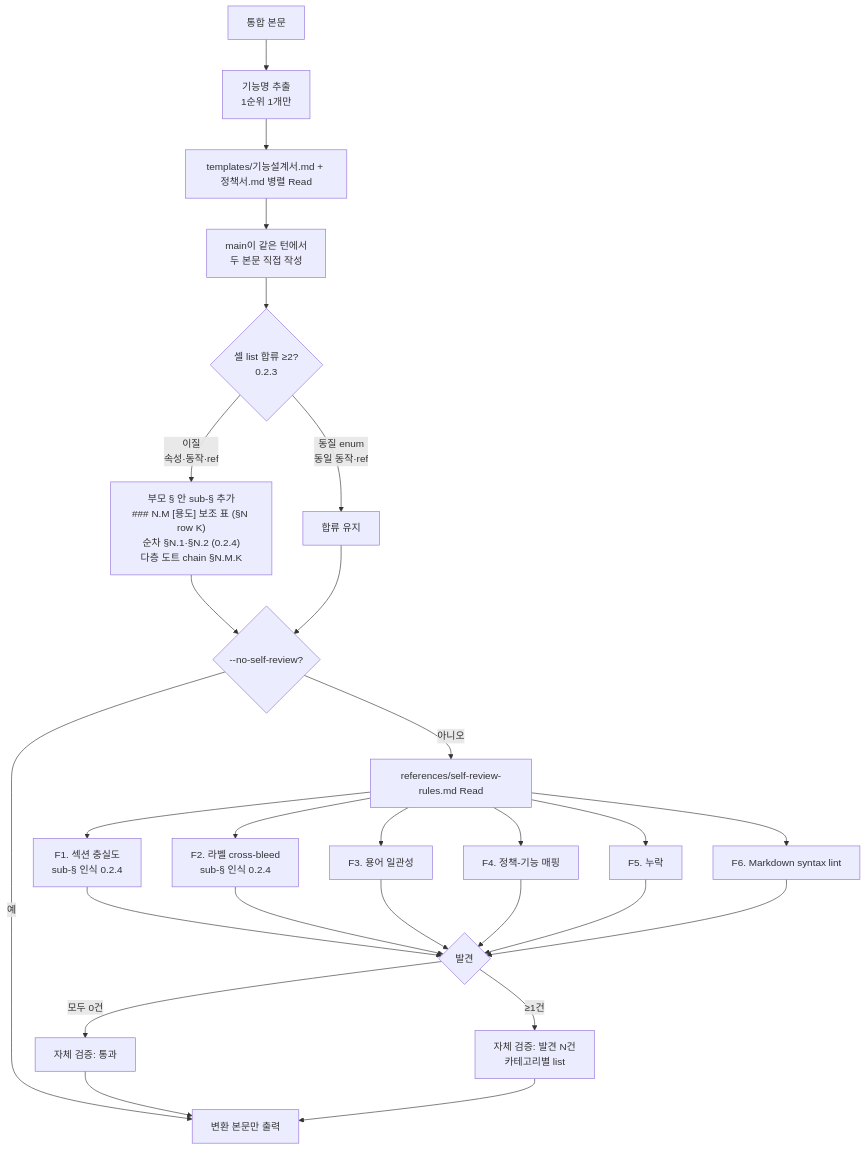
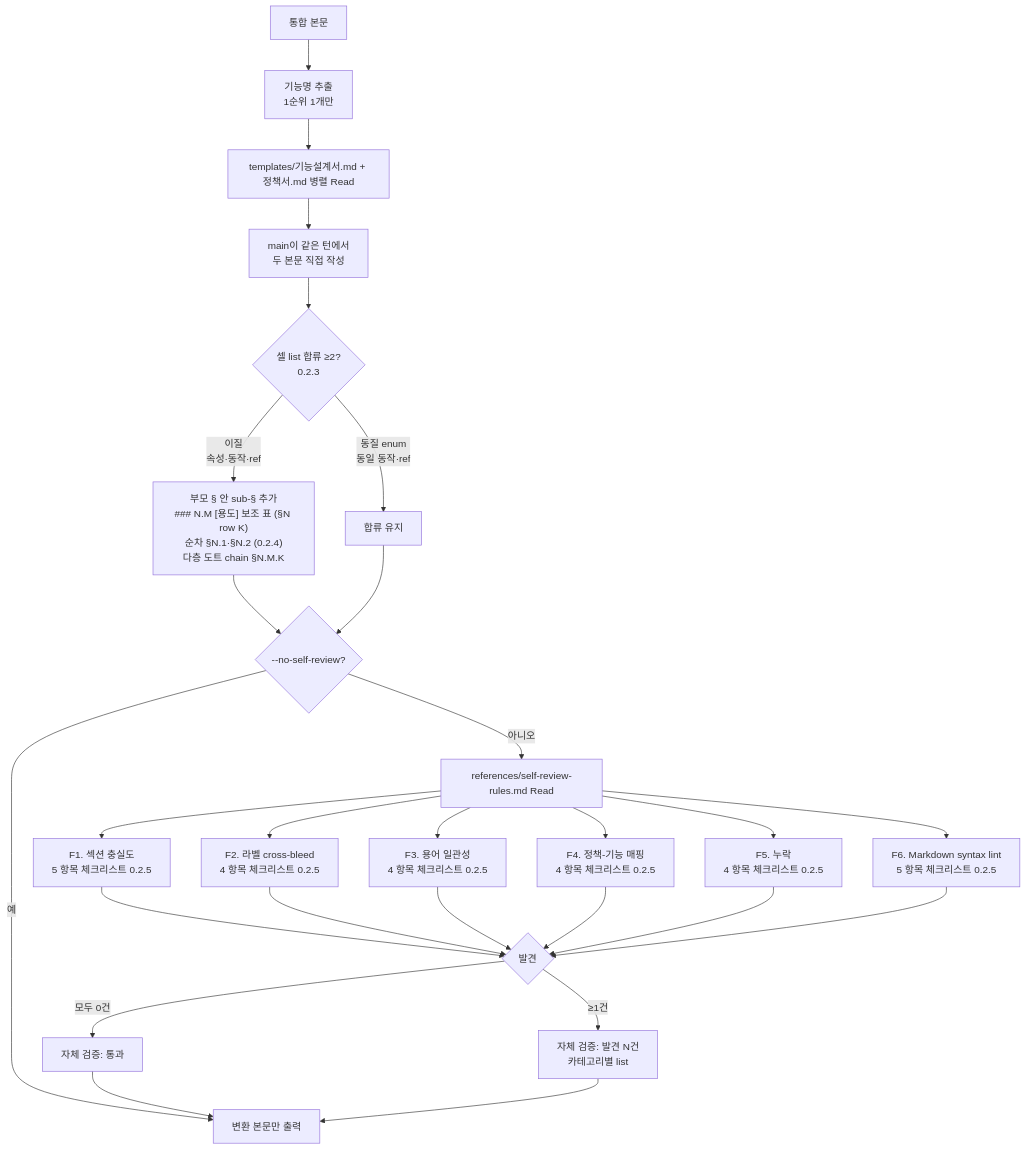
The seventh of 11 diagrams in planning-kit/docs/planning-format-workflow.md (inkwonjung-colosseum/plugins), drawn with Mermaid before and after one commit. The commit also changed other lines of this file and 12 other files, not shown here.

````diff
--- a/planning-kit/docs/planning-format-workflow.md
+++ b/planning-kit/docs/planning-format-workflow.md
@@ -159,32 +165,32 @@
 ```mermaid
 flowchart TD
   CB[통합 본문] --> NA[기능명 추출<br/>1순위 1개만]
   NA --> RD[templates/기능설계서.md + 정책서.md 병렬 Read]
   RD --> WR[main이 같은 턴에서<br/>두 본문 직접 작성]
   WR --> LD{셀 list 합류 ≥2?<br/>0.2.3}
   LD -->|이질<br/>속성·동작·ref| AUX["부모 § 안 sub-§ 추가<br/>### N.M [용도] 보조 표 (§N row K)<br/>순차 §N.1·§N.2 (0.2.4)<br/>다층 도트 chain §N.M.K"]
   LD -->|동질 enum<br/>동일 동작·ref| KEEP[합류 유지]
   AUX --> NSR{--no-self-review?}
   KEEP --> NSR
   NSR -->|예| OUT[변환 본문만 출력]
   NSR -->|아니오| SR[references/self-review-rules.md Read]
 
-  SR --> F1[F1. 섹션 충실도<br/>sub-§ 인식 0.2.4]
-  SR --> F2[F2. 라벨 cross-bleed<br/>sub-§ 인식 0.2.4]
-  SR --> F3[F3. 용어 일관성]
-  SR --> F4[F4. 정책-기능 매핑]
-  SR --> F5[F5. 누락]
-  SR --> F6[F6. Markdown syntax lint]
+  SR --> F1[F1. 섹션 충실도<br/>5 항목 체크리스트 0.2.5]
+  SR --> F2[F2. 라벨 cross-bleed<br/>4 항목 체크리스트 0.2.5]
+  SR --> F3[F3. 용어 일관성<br/>4 항목 체크리스트 0.2.5]
+  SR --> F4[F4. 정책-기능 매핑<br/>4 항목 체크리스트 0.2.5]
+  SR --> F5[F5. 누락<br/>4 항목 체크리스트 0.2.5]
+  SR --> F6[F6. Markdown syntax lint<br/>5 항목 체크리스트 0.2.5]
 
   F1 --> RES{발견}
   F2 --> RES
   F3 --> RES
   F4 --> RES
   F5 --> RES
   F6 --> RES
   RES -->|모두 0건| PASS[자체 검증: 통과]
   RES -->|≥1건| FOUND[자체 검증: 발견 N건<br/>카테고리별 list]
 
   PASS --> OUT
   FOUND --> OUT
 ```
````
